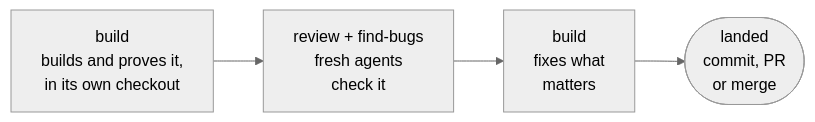
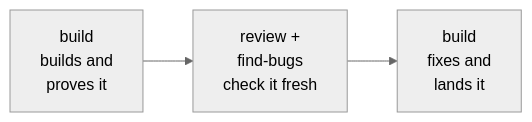
Before and after one commit to brandonbews/pumptrack: the second of 4 diagrams in README.md, drawn with Mermaid (neutral theme). The commit also changed other lines of this file, not shown here.

Commit message:
README diagrams fit GitHub's renderer: four diagrams, three boxes across, clear of its zoom controls

````diff
--- a/README.md
+++ b/README.md
@@ -25,4 +23,4 @@
 ```mermaid
 flowchart LR
-  build["build<br/>builds and proves it,<br/>in its own checkout"] --> review["review + find-bugs<br/>fresh agents<br/>check it"] --> fix["build<br/>fixes what<br/>matters"] --> landed(["landed<br/>commit, PR<br/>or merge"])
+  build["build<br/>builds and<br/>proves it"] --> review["review +<br/>find-bugs<br/>check it fresh"] --> land["build<br/>fixes and<br/>lands it"]
 ```
````
